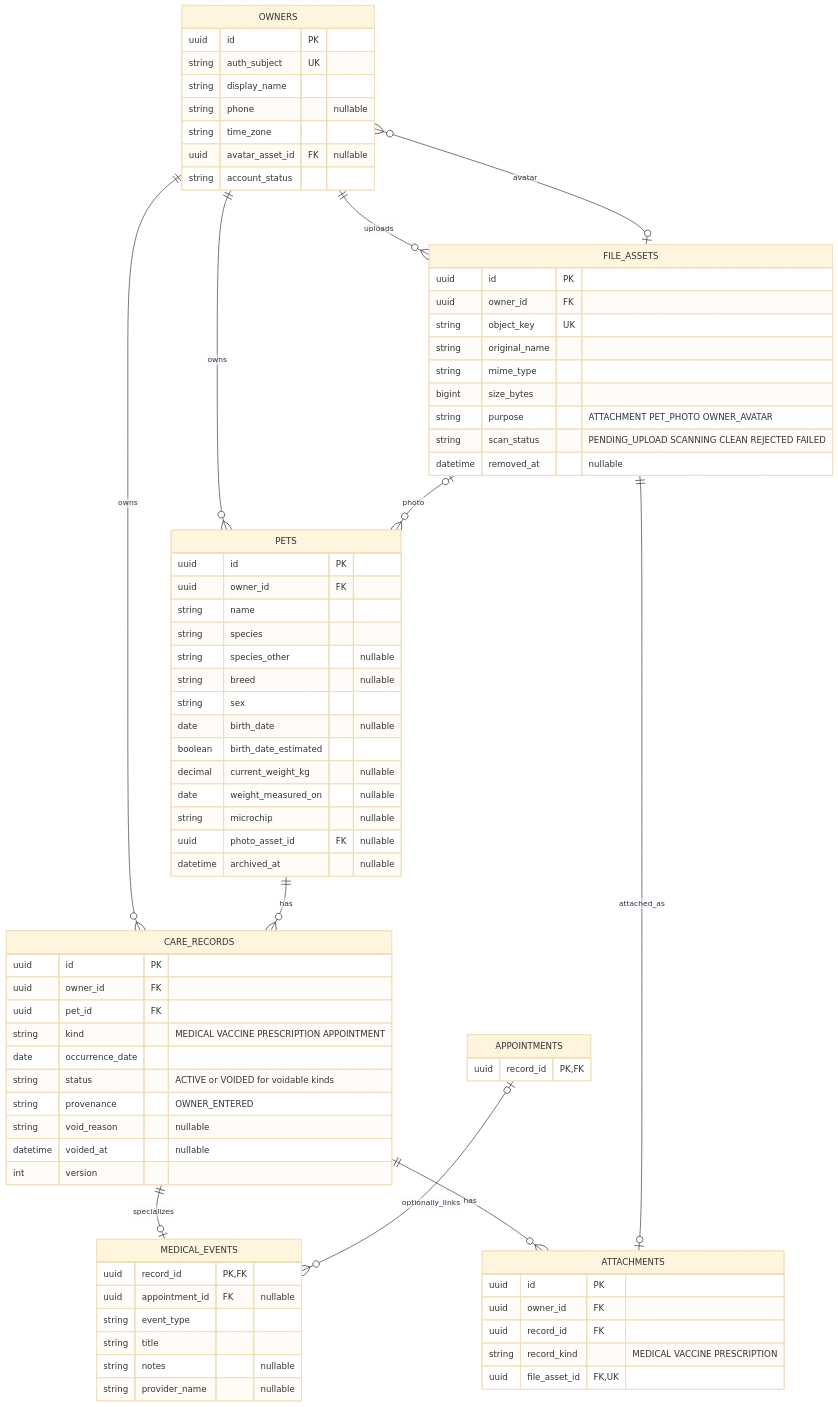
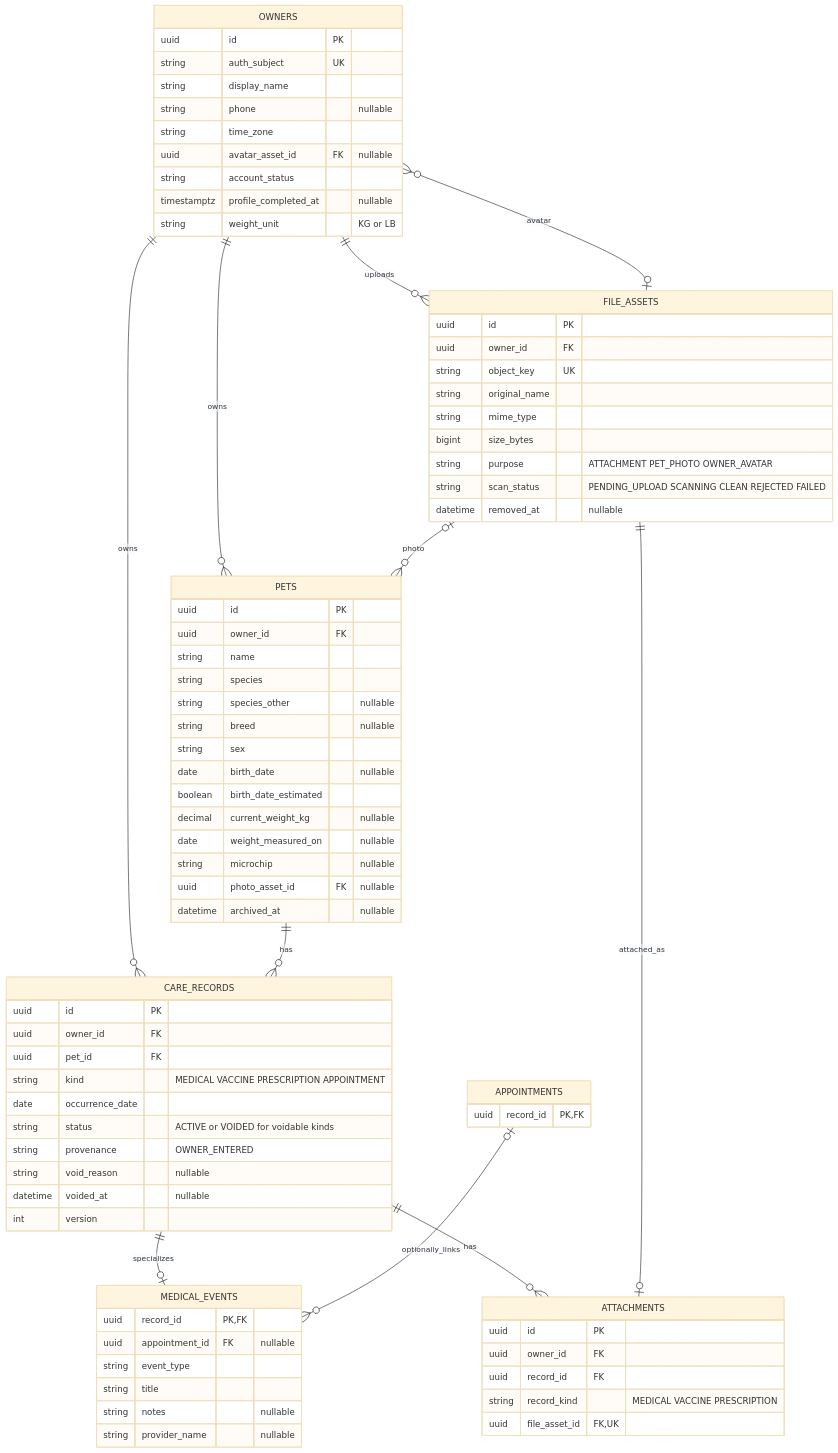
Before and after one commit to bernardlewiscardona/PawCare: the first of 13 diagrams in docs/design/erd-and-flows.md, drawn with Mermaid (base theme). The commit also changed 16 other files, not shown here.

````diff
--- a/docs/design/erd-and-flows.md
+++ b/docs/design/erd-and-flows.md
@@ -42,80 +42,82 @@
 ```mermaid
 erDiagram
     direction TB
     OWNERS ||--o{ PETS : owns
     OWNERS ||--o{ CARE_RECORDS : owns
     PETS ||--o{ CARE_RECORDS : has
     CARE_RECORDS ||--o| MEDICAL_EVENTS : specializes
     CARE_RECORDS ||--o{ ATTACHMENTS : has
     OWNERS ||--o{ FILE_ASSETS : uploads
     FILE_ASSETS ||--o| ATTACHMENTS : attached_as
     FILE_ASSETS o|--o{ PETS : photo
     FILE_ASSETS o|--o{ OWNERS : avatar
     APPOINTMENTS o|--o{ MEDICAL_EVENTS : optionally_links
     OWNERS {
         uuid id PK
         string auth_subject UK
         string display_name
         string phone "nullable"
         string time_zone
         uuid avatar_asset_id FK "nullable"
         string account_status
+        timestamptz profile_completed_at "nullable"
+        string weight_unit "KG or LB"
     }
     PETS {
         uuid id PK
         uuid owner_id FK
         string name
         string species
         string species_other "nullable"
         string breed "nullable"
         string sex
         date birth_date "nullable"
         boolean birth_date_estimated
         decimal current_weight_kg "nullable"
         date weight_measured_on "nullable"
         string microchip "nullable"
         uuid photo_asset_id FK "nullable"
         datetime archived_at "nullable"
     }
     CARE_RECORDS {
         uuid id PK
         uuid owner_id FK
         uuid pet_id FK
         string kind "MEDICAL VACCINE PRESCRIPTION APPOINTMENT"
         date occurrence_date
         string status "ACTIVE or VOIDED for voidable kinds"
         string provenance "OWNER_ENTERED"
         string void_reason "nullable"
         datetime voided_at "nullable"
         int version
     }
     MEDICAL_EVENTS {
         uuid record_id PK,FK
         uuid appointment_id FK "nullable"
         string event_type
         string title
         string notes "nullable"
         string provider_name "nullable"
     }
     FILE_ASSETS {
         uuid id PK
         uuid owner_id FK
         string object_key UK
         string original_name
         string mime_type
         bigint size_bytes
         string purpose "ATTACHMENT PET_PHOTO OWNER_AVATAR"
         string scan_status "PENDING_UPLOAD SCANNING CLEAN REJECTED FAILED"
         datetime removed_at "nullable"
     }
     ATTACHMENTS {
         uuid id PK
         uuid owner_id FK
         uuid record_id FK
         string record_kind "MEDICAL VACCINE PRESCRIPTION"
         uuid file_asset_id FK,UK
     }
     APPOINTMENTS {
         uuid record_id PK,FK
     }
 ```
````
